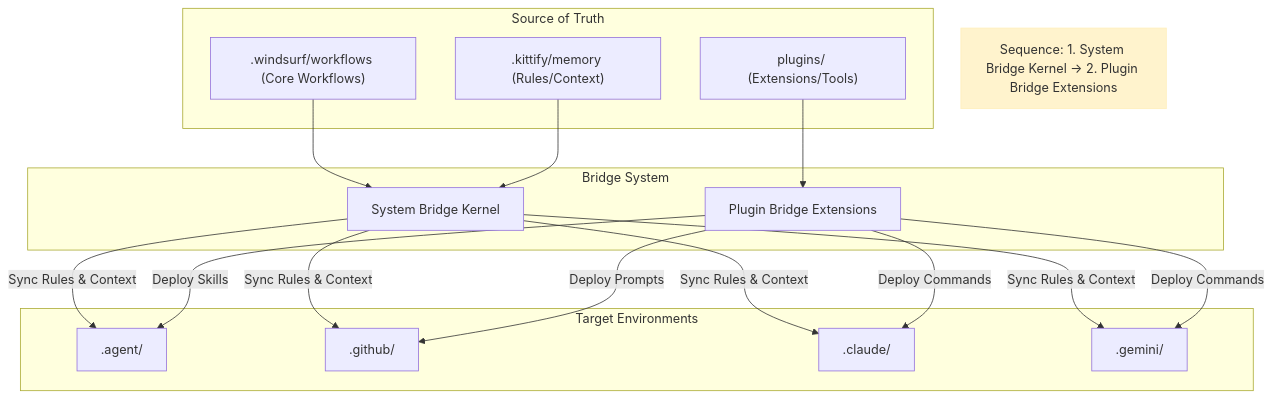
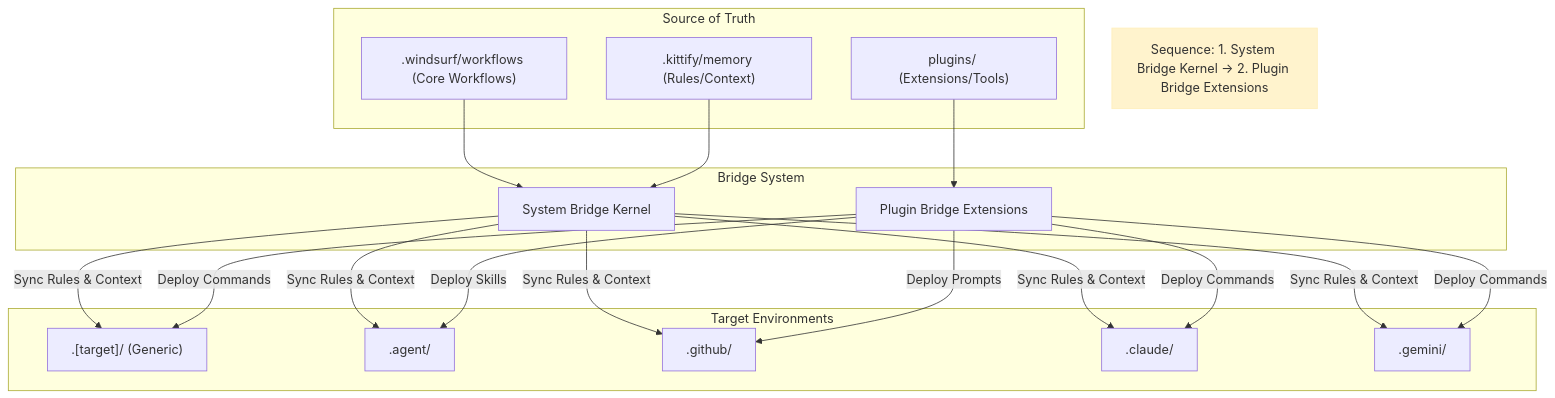
Before and after one commit to richfrem/agent-plugins-skills: the diagram in plugins/plugin-mapper/skills/agent-bridge/references/agent_bridge_diagram.mmd, drawn with Mermaid. The commit also changed 1 other file, not shown here.

```diff
--- a/plugins/plugin-mapper/skills/agent-bridge/references/agent_bridge_diagram.mmd
+++ b/plugins/plugin-mapper/skills/agent-bridge/references/agent_bridge_diagram.mmd
@@ -1,38 +1,41 @@
 graph TD
     subgraph SourceTruth [Source of Truth]
         Windsurf[".windsurf/workflows (Core Workflows)"]
         Kittify[".kittify/memory (Rules/Context)"]
         Plugins["plugins/ (Extensions/Tools)"]
     end
 
     subgraph Bridges [Bridge System]
         SB[System Bridge Kernel]
         PM[Plugin Bridge Extensions]
     end
 
     subgraph Agents [Target Environments]
+        Universal[".[target]/ (Generic)"]
         Antigravity[".agent/"]
         Copilot[".github/"]
         Claude[".claude/"]
         Gemini[".gemini/"]
     end
 
     %% Logic Flows
     Windsurf --> SB
     Kittify --> SB
     
     SB -->|Sync Rules & Context| Antigravity
     SB -->|Sync Rules & Context| Copilot
     SB -->|Sync Rules & Context| Claude
     SB -->|Sync Rules & Context| Gemini
+    SB -->|Sync Rules & Context| Universal
 
     Plugins --> PM
     
     PM -->|Deploy Skills| Antigravity
     PM -->|Deploy Prompts| Copilot
     PM -->|Deploy Commands| Claude
     PM -->|Deploy Commands| Gemini
+    PM -->|Deploy Commands| Universal
 
     %% Sequence Label
     Note[Sequence: 1. System Bridge Kernel -> 2. Plugin Bridge Extensions]
     style Note fill:#fff3cd,stroke:#ffeeba
```
